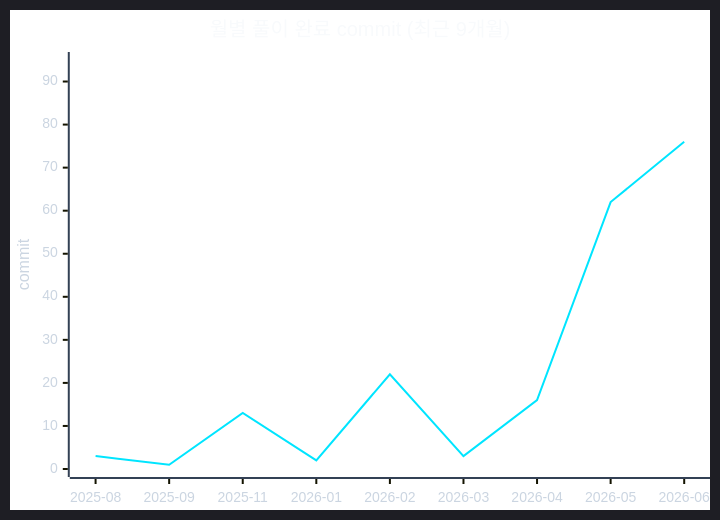
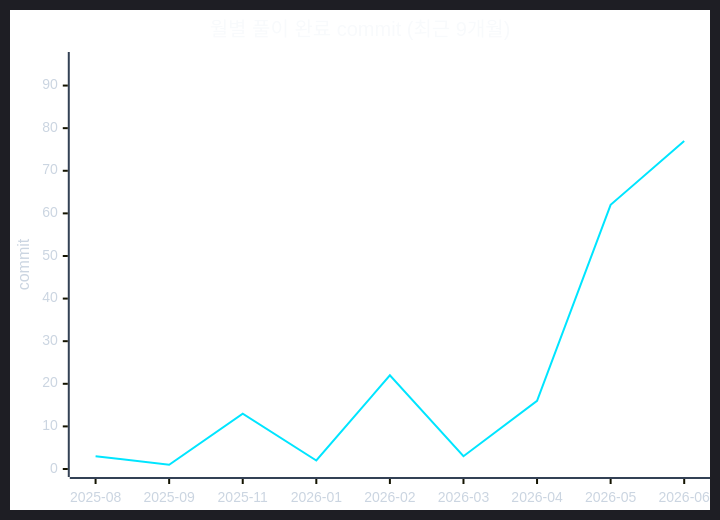
Before and after one commit to CHOOSLA/Algorithm: the second of 2 diagrams in readme.md, drawn with Mermaid. The commit also changed 1 other file, not shown here.

Commit message:
[Passed] 스승의 은혜 2 (191ms, 11MB)

````diff
--- a/readme.md
+++ b/readme.md
@@ -71,22 +71,22 @@
 ```mermaid
 ---
 config:
   theme: dark
   themeVariables:
     background: '#0d1117'
     xyChart:
       titleColor: '#f8fafc'
       xAxisLabelColor: '#cbd5e1'
       xAxisTitleColor: '#cbd5e1'
       xAxisLineColor: '#334155'
       yAxisLabelColor: '#cbd5e1'
       yAxisTitleColor: '#cbd5e1'
       yAxisLineColor: '#334155'
       plotColorPalette: '#00e5ff'
 ---
 xychart-beta
   title "월별 풀이 완료 commit (최근 9개월)"
   x-axis ["2025-08", "2025-09", "2025-11", "2026-01", "2026-02", "2026-03", "2026-04", "2026-05", "2026-06"]
-  y-axis "commit" 0 --> 95
-  line [3, 1, 13, 2, 22, 3, 16, 62, 76]
+  y-axis "commit" 0 --> 96
+  line [3, 1, 13, 2, 22, 3, 16, 62, 77]
 ```
````
